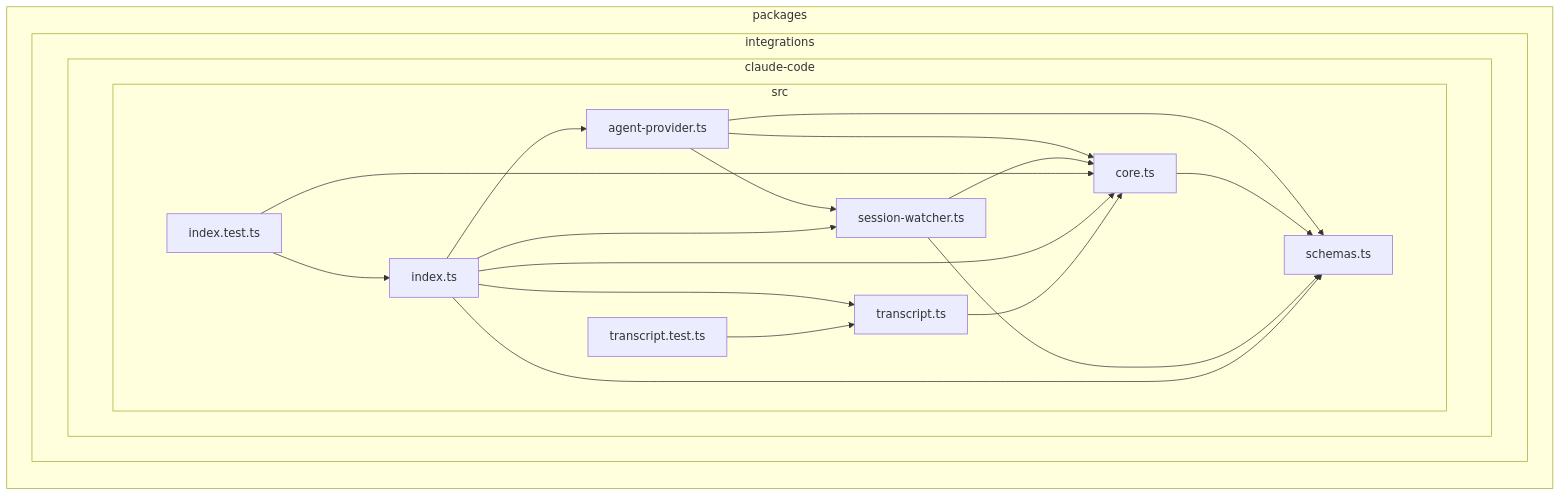
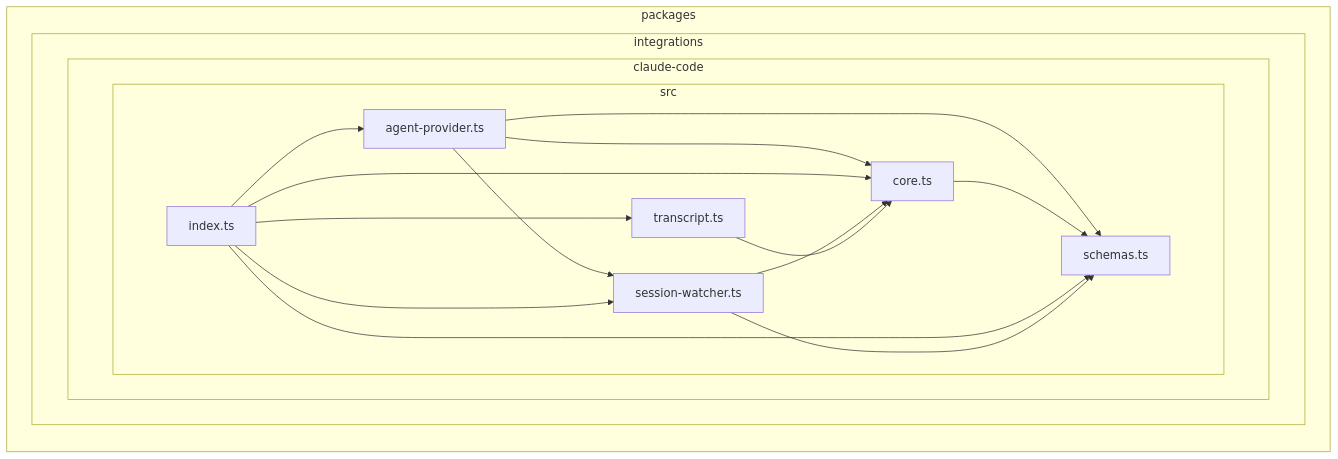
Before and after one commit to juspay/kolu: the fifth of 17 diagrams in docs/dependency-graph.md, drawn with Mermaid. The commit also changed other lines of this file and 1 other file, not shown here.

First line of the commit message:
chore(depcruise): cluster per-package graphs by subfolder, drop test files

````diff
--- a/docs/dependency-graph.md
+++ b/docs/dependency-graph.md
@@ -694,35 +295,30 @@
 ```mermaid
 flowchart LR
 
 subgraph packages["packages"]
   subgraph packages_integrations["integrations"]
     subgraph packages_integrations_claude_code["claude-code"]
       subgraph packages_integrations_claude_code_src["src"]
-        packages_integrations_claude_code_src_schemas_ts["schemas.ts"]
         packages_integrations_claude_code_src_agent_provider_ts["agent-provider.ts"]
         packages_integrations_claude_code_src_core_ts["core.ts"]
+        packages_integrations_claude_code_src_index_ts["index.ts"]
+        packages_integrations_claude_code_src_schemas_ts["schemas.ts"]
         packages_integrations_claude_code_src_session_watcher_ts["session-watcher.ts"]
-        packages_integrations_claude_code_src_index_test_ts["index.test.ts"]
-        packages_integrations_claude_code_src_index_ts["index.ts"]
         packages_integrations_claude_code_src_transcript_ts["transcript.ts"]
-        packages_integrations_claude_code_src_transcript_test_ts["transcript.test.ts"]
       end
     end
   end
 end
 packages_integrations_claude_code_src_agent_provider_ts-->packages_integrations_claude_code_src_core_ts
 packages_integrations_claude_code_src_agent_provider_ts-->packages_integrations_claude_code_src_schemas_ts
 packages_integrations_claude_code_src_agent_provider_ts-->packages_integrations_claude_code_src_session_watcher_ts
 packages_integrations_claude_code_src_core_ts-->packages_integrations_claude_code_src_schemas_ts
-packages_integrations_claude_code_src_session_watcher_ts-->packages_integrations_claude_code_src_core_ts
-packages_integrations_claude_code_src_session_watcher_ts-->packages_integrations_claude_code_src_schemas_ts
-packages_integrations_claude_code_src_index_test_ts-->packages_integrations_claude_code_src_core_ts
-packages_integrations_claude_code_src_index_test_ts-->packages_integrations_claude_code_src_index_ts
 packages_integrations_claude_code_src_index_ts-->packages_integrations_claude_code_src_agent_provider_ts
 packages_integrations_claude_code_src_index_ts-->packages_integrations_claude_code_src_core_ts
 packages_integrations_claude_code_src_index_ts-->packages_integrations_claude_code_src_schemas_ts
 packages_integrations_claude_code_src_index_ts-->packages_integrations_claude_code_src_session_watcher_ts
 packages_integrations_claude_code_src_index_ts-->packages_integrations_claude_code_src_transcript_ts
+packages_integrations_claude_code_src_session_watcher_ts-->packages_integrations_claude_code_src_core_ts
+packages_integrations_claude_code_src_session_watcher_ts-->packages_integrations_claude_code_src_schemas_ts
 packages_integrations_claude_code_src_transcript_ts-->packages_integrations_claude_code_src_core_ts
-packages_integrations_claude_code_src_transcript_test_ts-->packages_integrations_claude_code_src_transcript_ts
 ```
````
